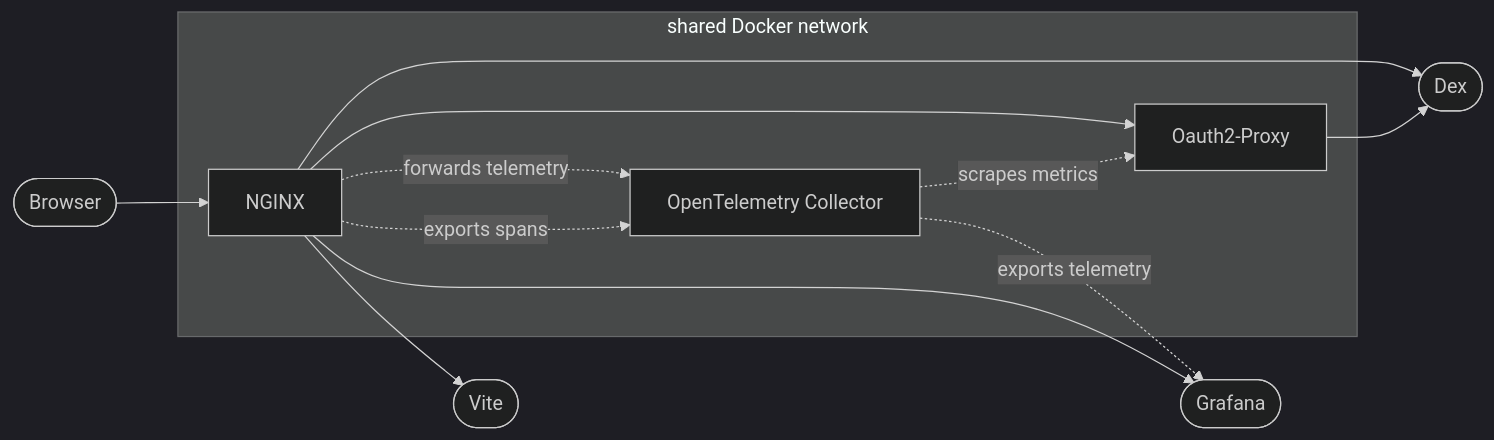
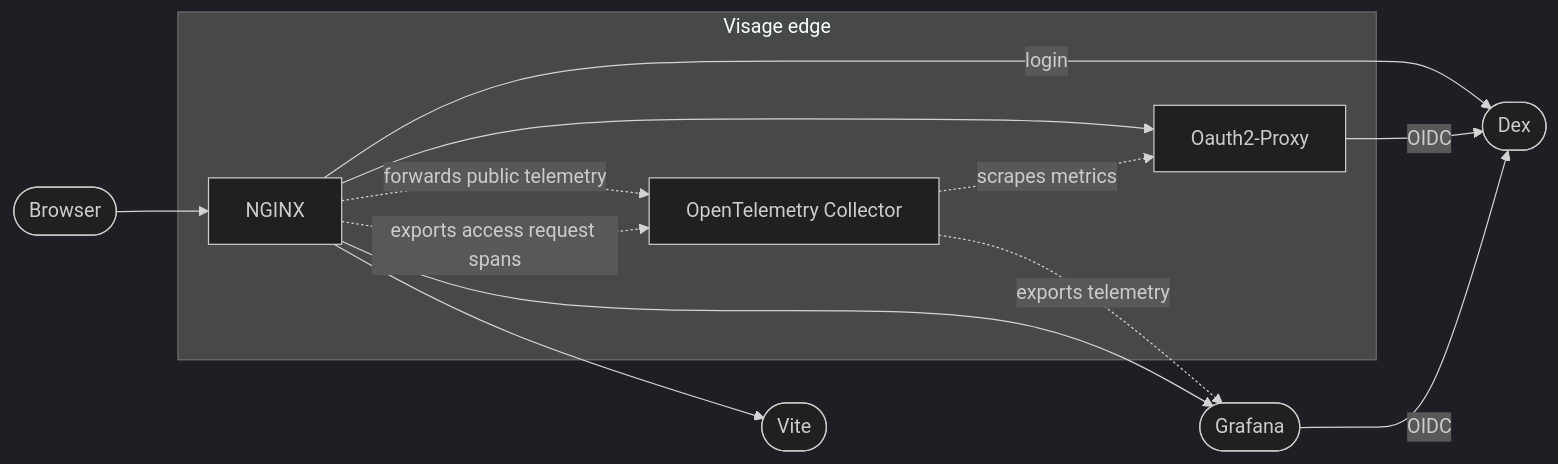
One commit to blakearoberts/visage changed the diagram in examples/telemetry/README.md. Above: the diagram before and after it, drawn with Mermaid (dark theme). The commit also changed other lines of this file and 9 other files, not shown here.

Commit message:
Enable Dex SSO for the telemetry example

````diff
--- a/examples/telemetry/README.md
+++ b/examples/telemetry/README.md
@@ -27,17 +28,18 @@
 ```mermaid
 flowchart LR
-  subgraph network["shared Docker network"]
+  subgraph network["Visage edge"]
     NGINX --> Oauth2-Proxy
-    NGINX -..->|forwards telemetry| otelcol
-    NGINX -..->|exports spans| otelcol
+    NGINX -.->|forwards public telemetry| otelcol
+    NGINX -.->|exports access request spans| otelcol
     otelcol -.->|scrapes metrics| Oauth2-Proxy
   end
   browser([Browser]) --> NGINX
 
   otelcol[OpenTelemetry Collector] -.->|exports telemetry| grafana
 
   NGINX --> vite([Vite])
   NGINX --> grafana([Grafana])
-  NGINX --> idp([Dex])
-  Oauth2-Proxy --> idp
+  NGINX -->|login| idp([Dex])
+  Oauth2-Proxy -->|OIDC| idp
+  grafana -->|OIDC| idp
 ```
````
